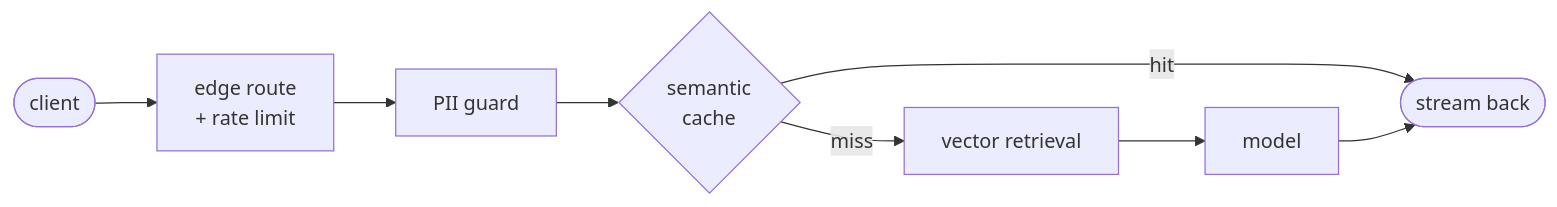
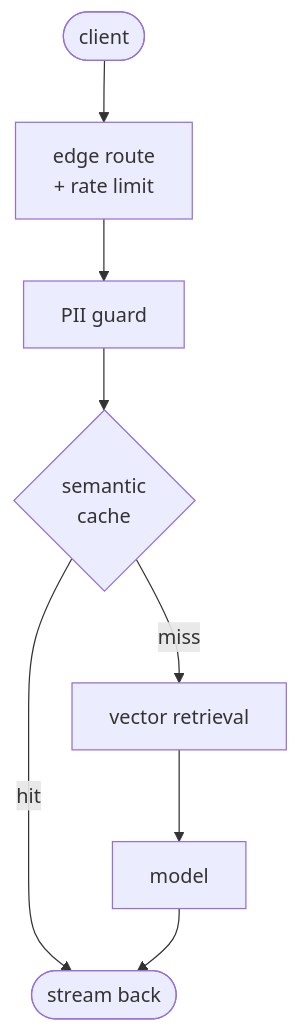
Before and after one commit to namchinbayar/namchinbayar: the diagram in README.md, drawn with Mermaid.

Commit message:
Make request flowchart vertical so it fits

````diff
--- a/README.md
+++ b/README.md
@@ -31,8 +31,8 @@
 ```mermaid
-flowchart LR
+flowchart TD
   U([client]) --> E[edge route<br/>+ rate limit]
   E --> G[PII guard]
   G --> C{semantic<br/>cache}
   C -- hit --> S([stream back])
   C -- miss --> R[vector retrieval] --> M[model] --> S
 ```
````
